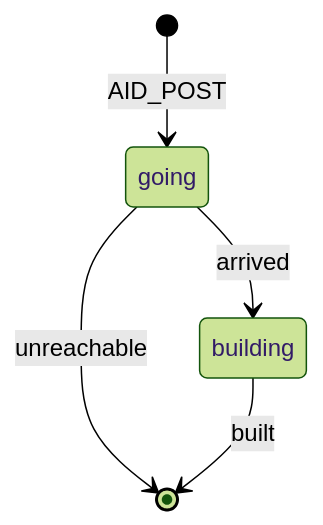
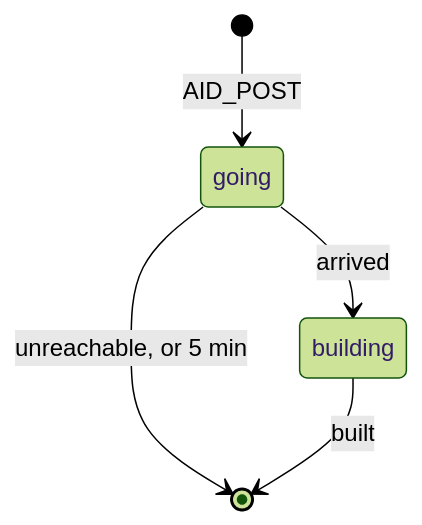
The sixth of 23 diagrams in docs/COMMANDER_MODEL.md (Neefay/arma3-llm-harness), drawn with Mermaid (forest theme) before and after one commit. The commit also changed 2 other files, not shown here.

Commit message:
Run the aid post on a declared state machine
A small runner, brmh_cmd_fnc_newMachine, steps a machine written as data:
its states, transitions as [guard, action, next state, word], a deadline
for every state that waits, and one release step however it ends. When a
machine is created, the runner logs any state with no deadline, any ending
with no word, and any jump to an undeclared state. A test checks the same
in the code before the game runs, and catches both faults when they're
introduced on purpose.

The aid post is the first machine on it. Its walk to the place had no
deadline, so a medic who never arrived and never stopped meant it waited
for good. It now gives up after 5 minutes, aloud. The other game-side
machines wait for the owner to review this format.

Checked live: the three battles that build aid posts, with none of the
runner's errors in any server log.

````diff
--- a/docs/COMMANDER_MODEL.md
+++ b/docs/COMMANDER_MODEL.md
@@ -336,9 +336,9 @@
 ```mermaid
 stateDiagram-v2
   state "going" as going
   state "building" as building
   [*] --> going: AID_POST
   going --> building: arrived
-  going --> [*]: unreachable
+  going --> [*]: unreachable, or 5 min
   building --> [*]: built
 ```
````
